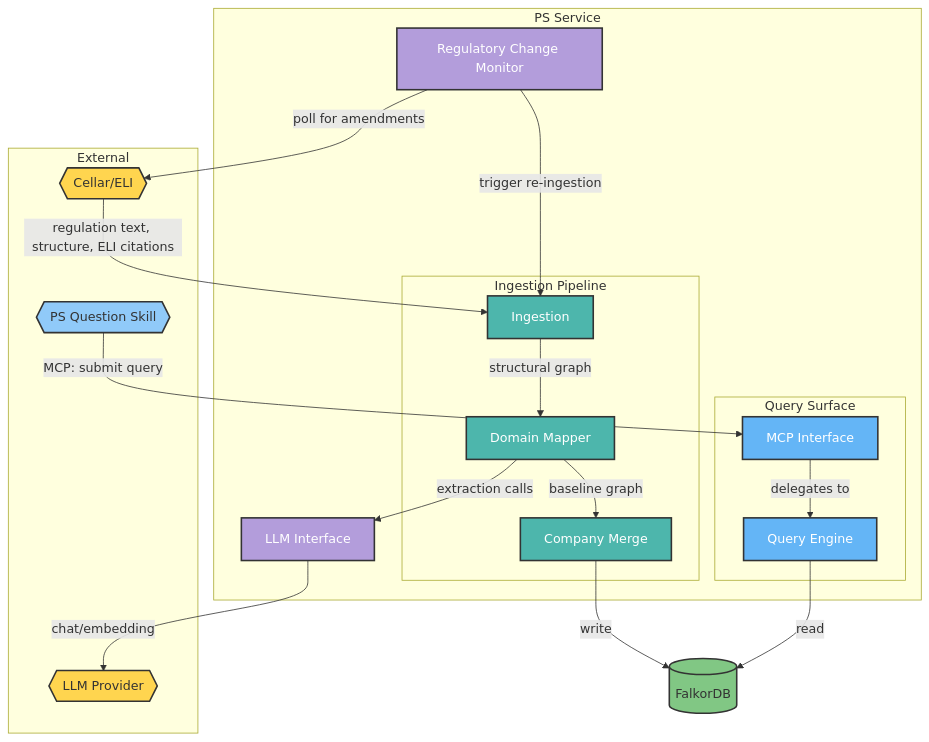
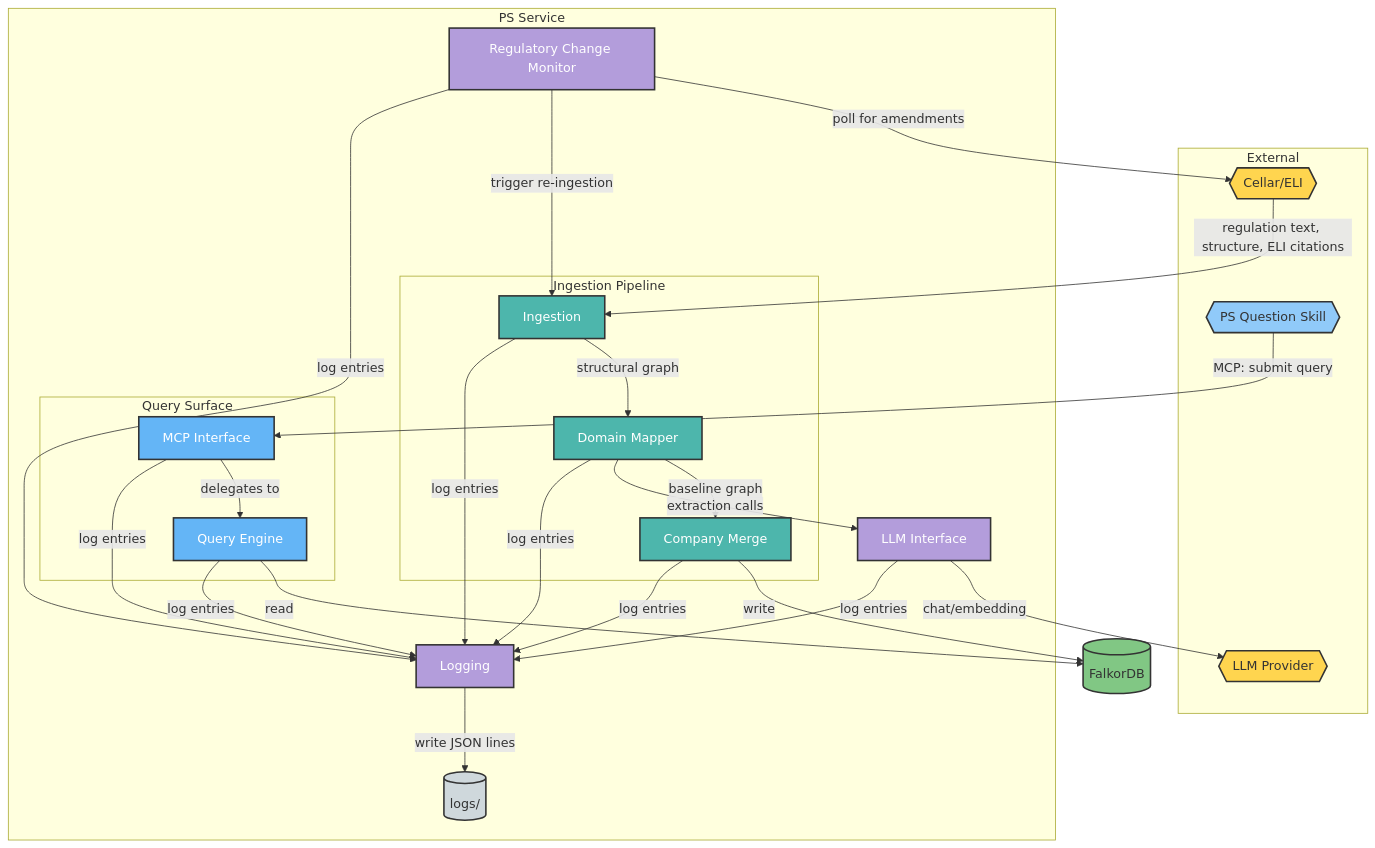
Before and after one commit to mindovermachine-dev/policy-system: the first of 3 diagrams in docs/architecture/ps-service-container-architecture.md, drawn with Mermaid. The commit also changed other lines of this file and 6 other files, not shown here.

````diff
--- a/docs/architecture/ps-service-container-architecture.md
+++ b/docs/architecture/ps-service-container-architecture.md
@@ -67,54 +68,67 @@
 ```mermaid
 graph TB
     subgraph External["External"]
         Cellar{{Cellar/ELI}}
         LLMProvider{{LLM Provider}}
         PSSkill{{PS Question Skill}}
     end
 
     subgraph PSService["PS Service"]
         subgraph Pipeline["Ingestion Pipeline"]
             Ingestion[Ingestion]
             DomainMapper[Domain Mapper]
             CompanyMerge[Company Merge]
         end
 
         subgraph QuerySurface["Query Surface"]
             QueryEngine[Query Engine]
             MCPInterface[MCP Interface]
         end
 
         ChangeMonitor[Regulatory Change Monitor]
         LLMInterface[LLM Interface]
+        Logging[Logging]
+        LogFiles[(logs/)]
     end
 
     FalkorDB[(FalkorDB)]
 
     Cellar -->|"regulation text, structure, ELI citations"| Ingestion
     ChangeMonitor -->|"poll for amendments"| Cellar
     ChangeMonitor -->|"trigger re-ingestion"| Ingestion
 
     Ingestion -->|"structural graph"| DomainMapper
     DomainMapper -->|"baseline graph"| CompanyMerge
     CompanyMerge -->|"write"| FalkorDB
 
     DomainMapper -->|"extraction calls"| LLMInterface
     LLMInterface -->|"chat/embedding"| LLMProvider
 
     QueryEngine -->|"read"| FalkorDB
     MCPInterface -->|"delegates to"| QueryEngine
     PSSkill -->|"MCP: submit query"| MCPInterface
 
+    Ingestion -->|"log entries"| Logging
+    DomainMapper -->|"log entries"| Logging
+    CompanyMerge -->|"log entries"| Logging
+    QueryEngine -->|"log entries"| Logging
+    MCPInterface -->|"log entries"| Logging
+    ChangeMonitor -->|"log entries"| Logging
+    LLMInterface -->|"log entries"| Logging
+    Logging -->|"write JSON lines"| LogFiles
+
     style Cellar fill:#FFD54F,stroke:#333,stroke-width:2px,color:#333
     style LLMProvider fill:#FFD54F,stroke:#333,stroke-width:2px,color:#333
     style PSSkill fill:#90CAF9,stroke:#333,stroke-width:2px,color:#333
     style FalkorDB fill:#81C784,stroke:#333,stroke-width:2px,color:#333
+    style LogFiles fill:#CFD8DC,stroke:#333,stroke-width:2px,color:#333
 
     style Ingestion fill:#4DB6AC,stroke:#333,stroke-width:2px,color:#FFFFFF
     style DomainMapper fill:#4DB6AC,stroke:#333,stroke-width:2px,color:#FFFFFF
     style CompanyMerge fill:#4DB6AC,stroke:#333,stroke-width:2px,color:#FFFFFF
     style QueryEngine fill:#64B5F6,stroke:#333,stroke-width:2px,color:#FFFFFF
     style MCPInterface fill:#64B5F6,stroke:#333,stroke-width:2px,color:#FFFFFF
     style ChangeMonitor fill:#B39DDB,stroke:#333,stroke-width:2px,color:#FFFFFF
     style LLMInterface fill:#B39DDB,stroke:#333,stroke-width:2px,color:#FFFFFF
+    style Logging fill:#B39DDB,stroke:#333,stroke-width:2px,color:#FFFFFF
 ```
````
